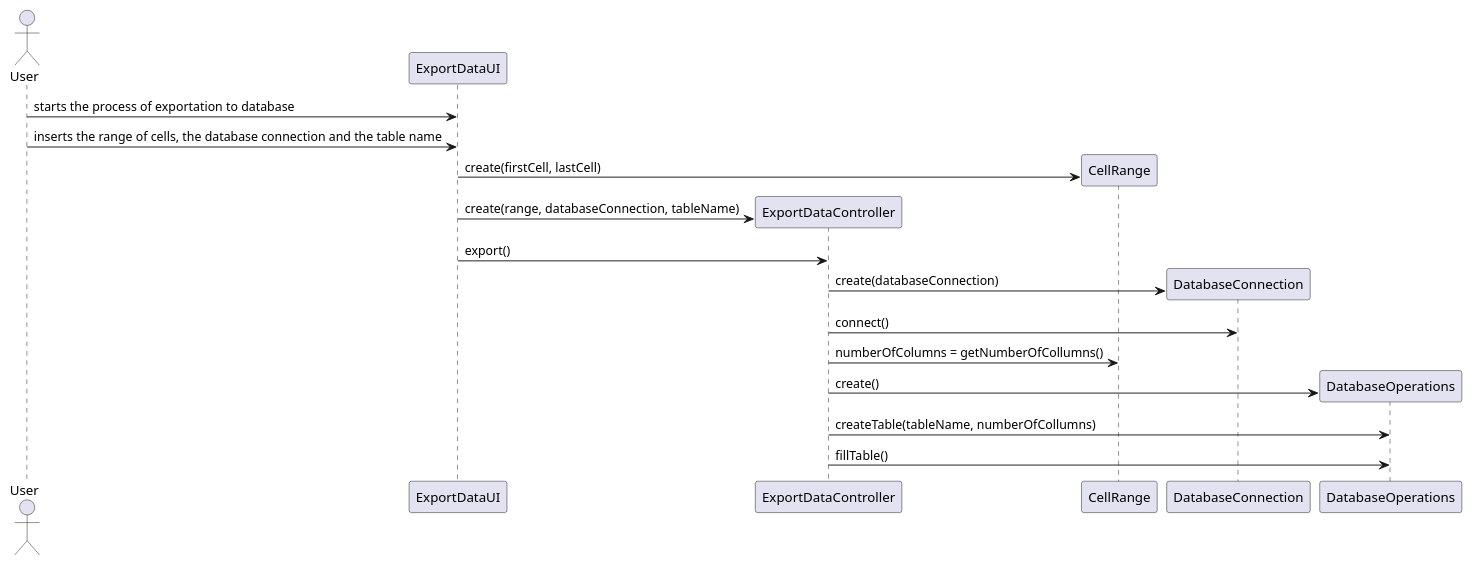
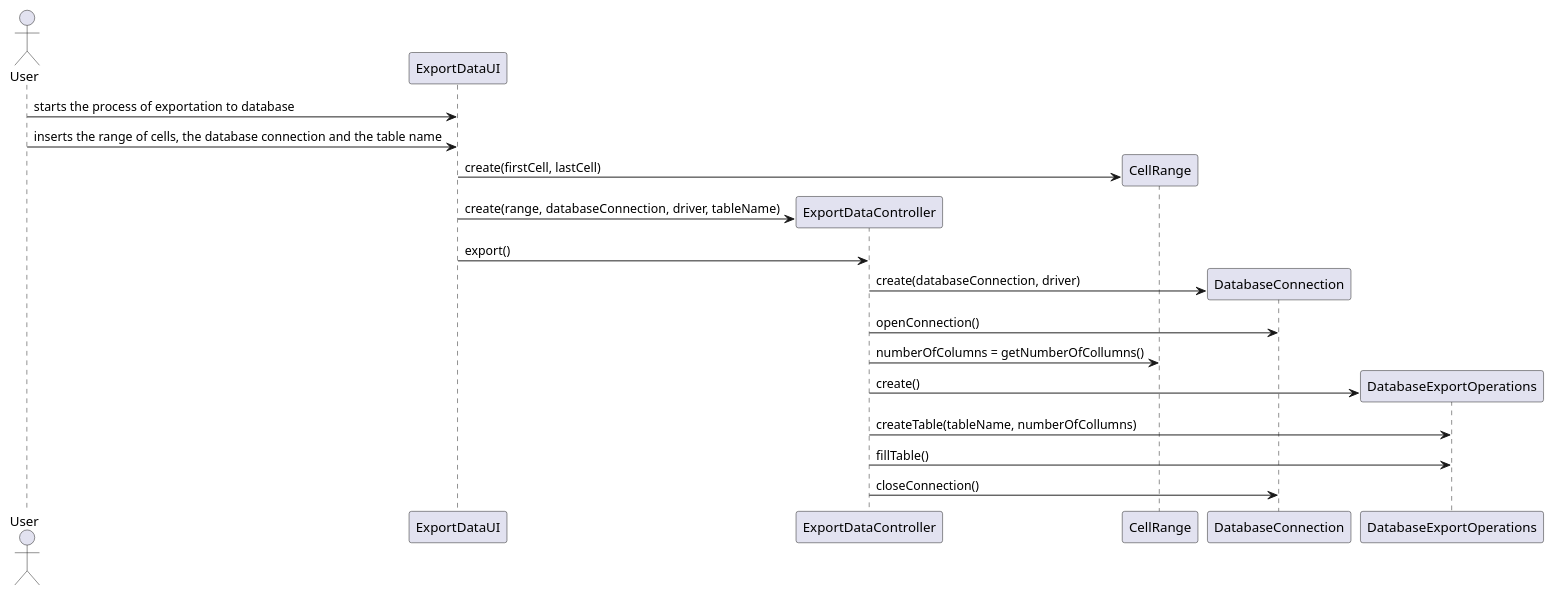
The diagram in src/main/java/lapr4/red/s3/ipc/n1150690/ImportExportDatabase/ipc_04_3_export_sd.puml (MikeTekOn/lapr4-2017-2dd), drawn with PlantUML before and after one commit. The commit also changed 4 other files, not shown here.

```diff
--- a/src/main/java/lapr4/red/s3/ipc/n1150690/ImportExportDatabase/ipc_04_3_export_sd.puml
+++ b/src/main/java/lapr4/red/s3/ipc/n1150690/ImportExportDatabase/ipc_04_3_export_sd.puml
@@ -1,32 +1,33 @@
 @startuml
 
 actor User
 participant "ExportDataUI" as ui
 participant "ExportDataController" as ctrl
 participant "CellRange" as range
 participant "DatabaseConnection" as db
-participant "DatabaseOperations" as op
+participant "DatabaseExportOperations" as op
 
 User -> ui : starts the process of exportation to database
 User -> ui : inserts the range of cells, the database connection and the table name
 
 create range
 ui -> range : create(firstCell, lastCell)
 
 create ctrl
-ui -> ctrl : create(range, databaseConnection, tableName)
+ui -> ctrl : create(range, databaseConnection, driver, tableName)
 
 ui -> ctrl : export()
 
 create db
-ctrl -> db : create(databaseConnection)
-ctrl -> db : connect()
+ctrl -> db : create(databaseConnection, driver)
+ctrl -> db : openConnection()
 
 ctrl -> range : numberOfColumns = getNumberOfCollumns()
 
 create op
 ctrl -> op  : create()
 ctrl -> op : createTable(tableName, numberOfCollumns)
 ctrl -> op : fillTable()
+ctrl -> db : closeConnection()
 
 @enduml
```
